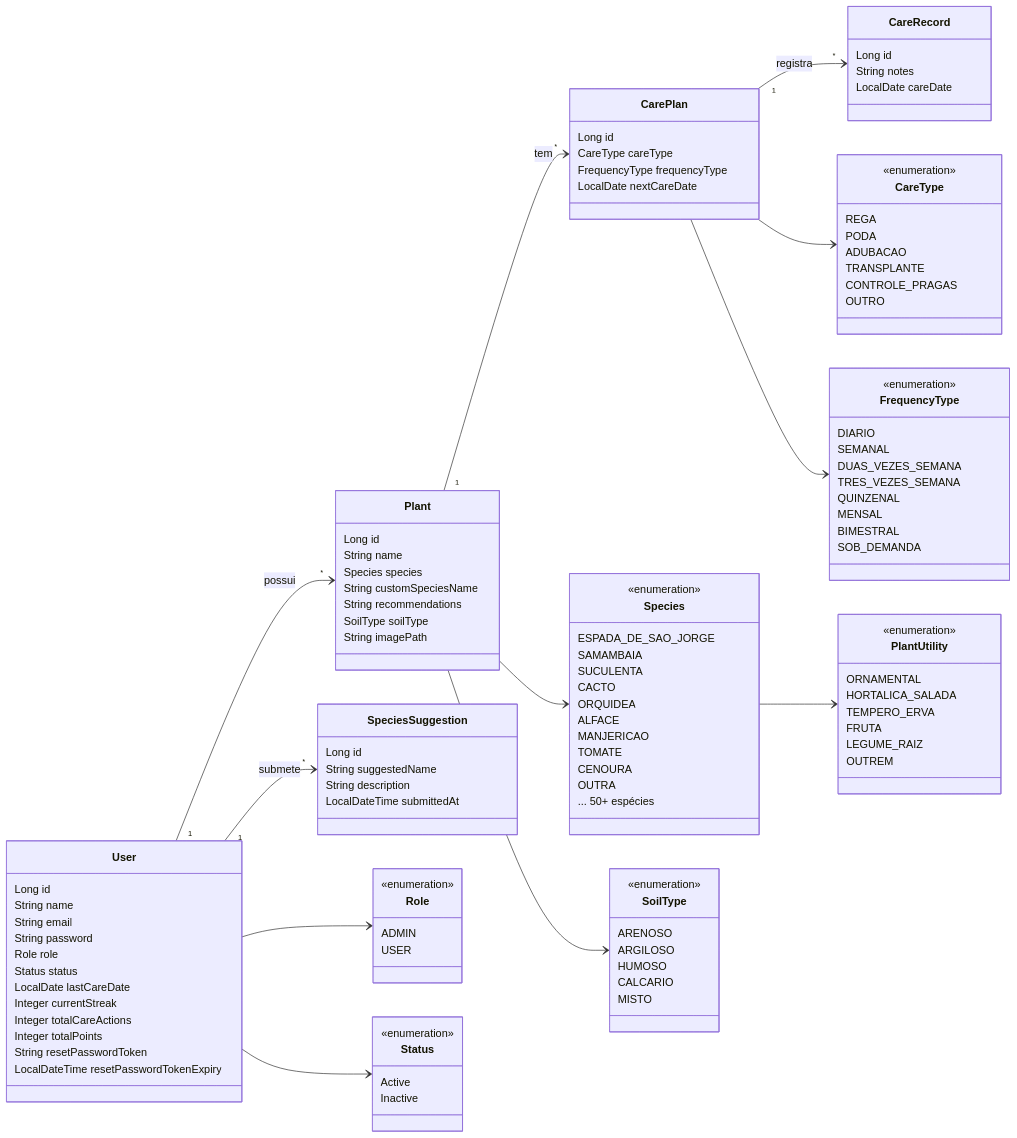
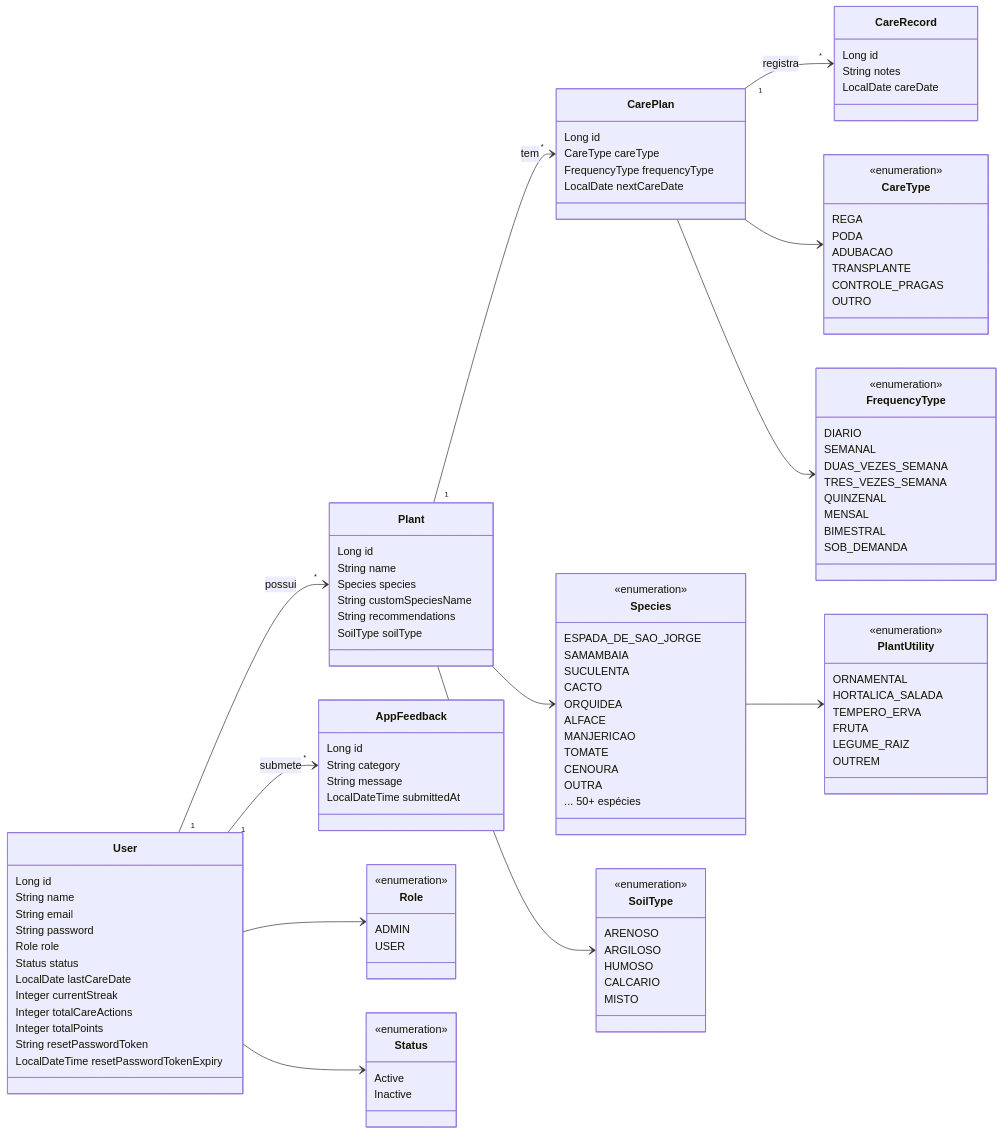
One commit to matheus05dev/grevia-api changed the first of 4 diagrams in docs/backend-architecture.md. Above: the diagram before and after it, drawn with Mermaid. The commit also changed other lines of this file and 34 other files, not shown here.

```diff
--- a/docs/backend-architecture.md
+++ b/docs/backend-architecture.md
@@ -168,13 +172,12 @@
         String customSpeciesName
         String recommendations
         SoilType soilType
-        String imagePath
     }
 
-    class SpeciesSuggestion {
+    class AppFeedback {
         Long id
-        String suggestedName
-        String description
+        String category
+        String message
         LocalDateTime submittedAt
     }
 
@@ -260,7 +263,7 @@
     }
 
     User "1" --> "*" Plant : possui
-    User "1" --> "*" SpeciesSuggestion : submete
+    User "1" --> "*" AppFeedback : submete
     Plant "1" --> "*" CarePlan : tem
     CarePlan "1" --> "*" CareRecord : registra
 
```
